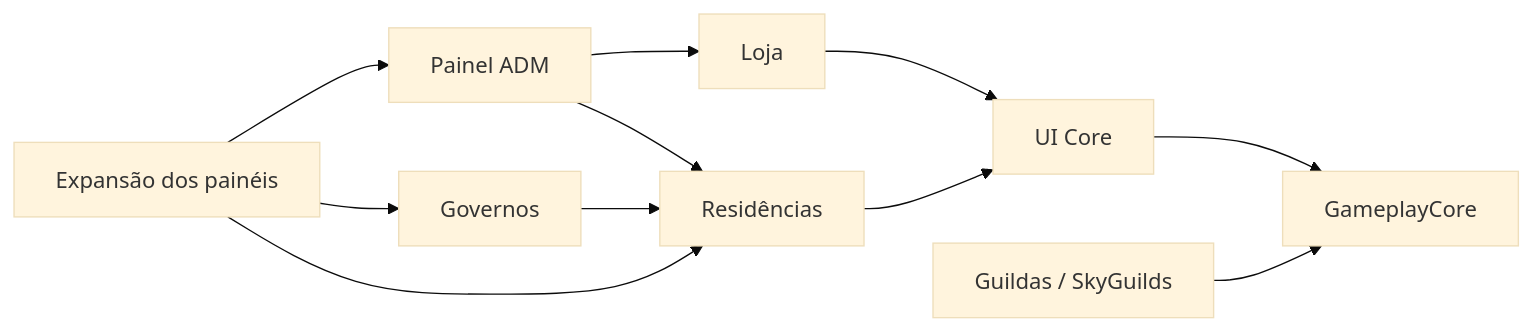
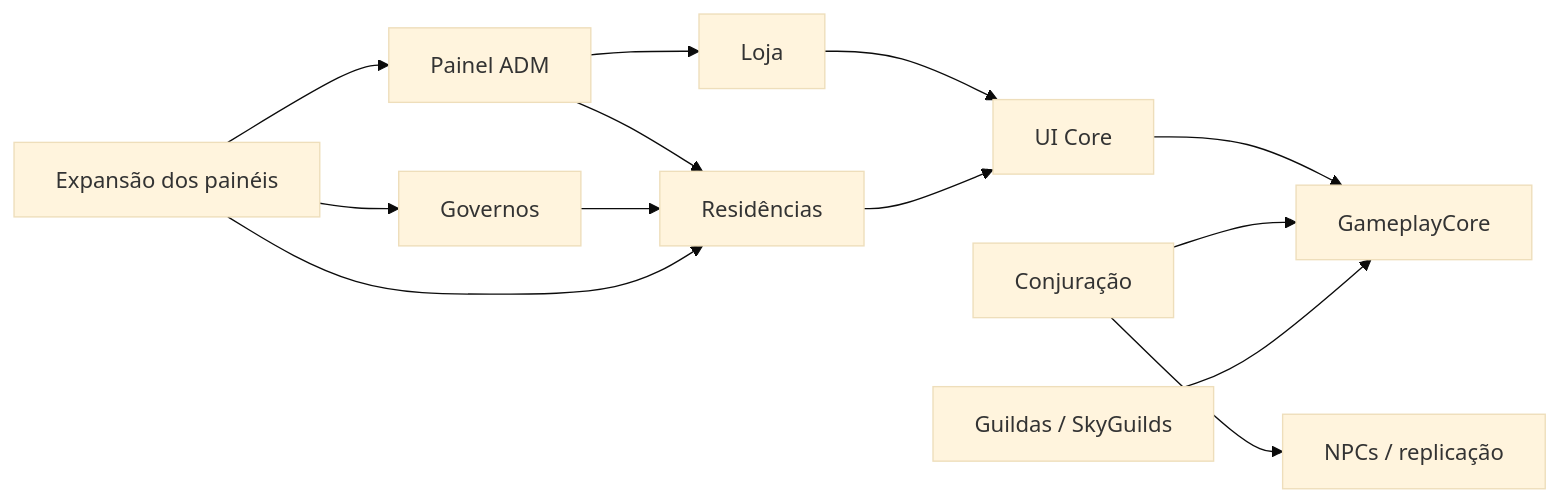
Before and after one commit to pablo-rodrigues1/AETHERIUS-ACERVO-DE-INFORMACOES: the diagram in 02-sistemas/README.md, drawn with Mermaid (base theme). The commit also changed other lines of this file and 14 other files, not shown here.

````diff
--- a/02-sistemas/README.md
+++ b/02-sistemas/README.md
@@ -38,13 +39,15 @@
 ```mermaid
 flowchart LR
   ui-core[UI Core] --> gameplay-core[GameplayCore]
+  conjuracao[Conjuração] --> gameplay-core
+  conjuracao --> npcs[NPCs / replicação]
   loja[Loja] --> ui-core
   residencias[Residências] --> ui-core
   painel[Painel ADM] --> loja
   painel --> residencias
   governos[Governos] --> residencias
   expansao[Expansão dos painéis] --> governos
   guildas[Guildas / SkyGuilds] --> gameplay-core
   expansao --> painel
   expansao --> residencias
 ```
````
